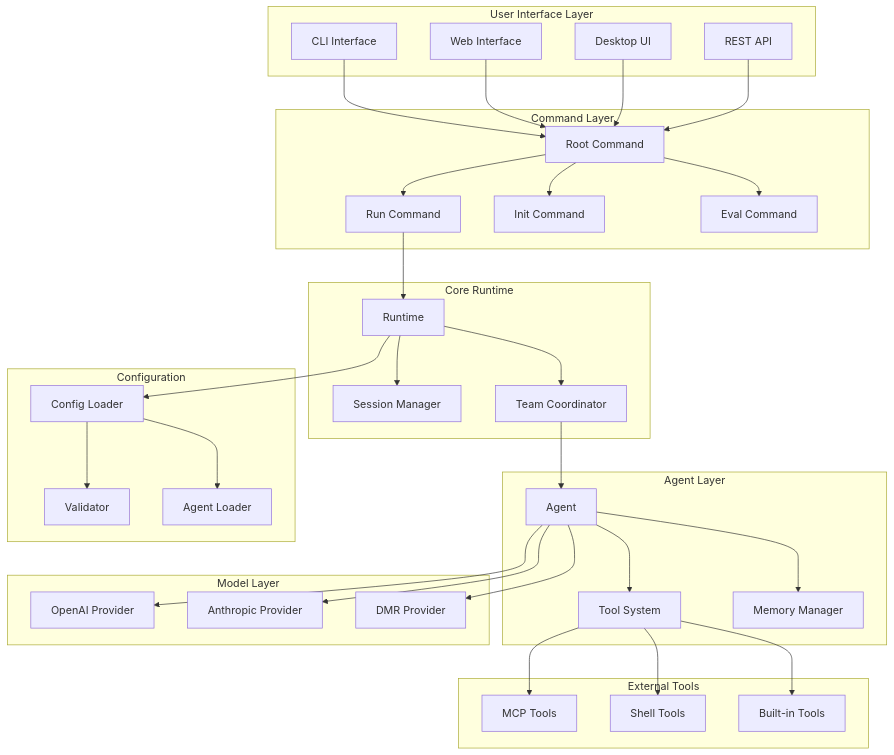
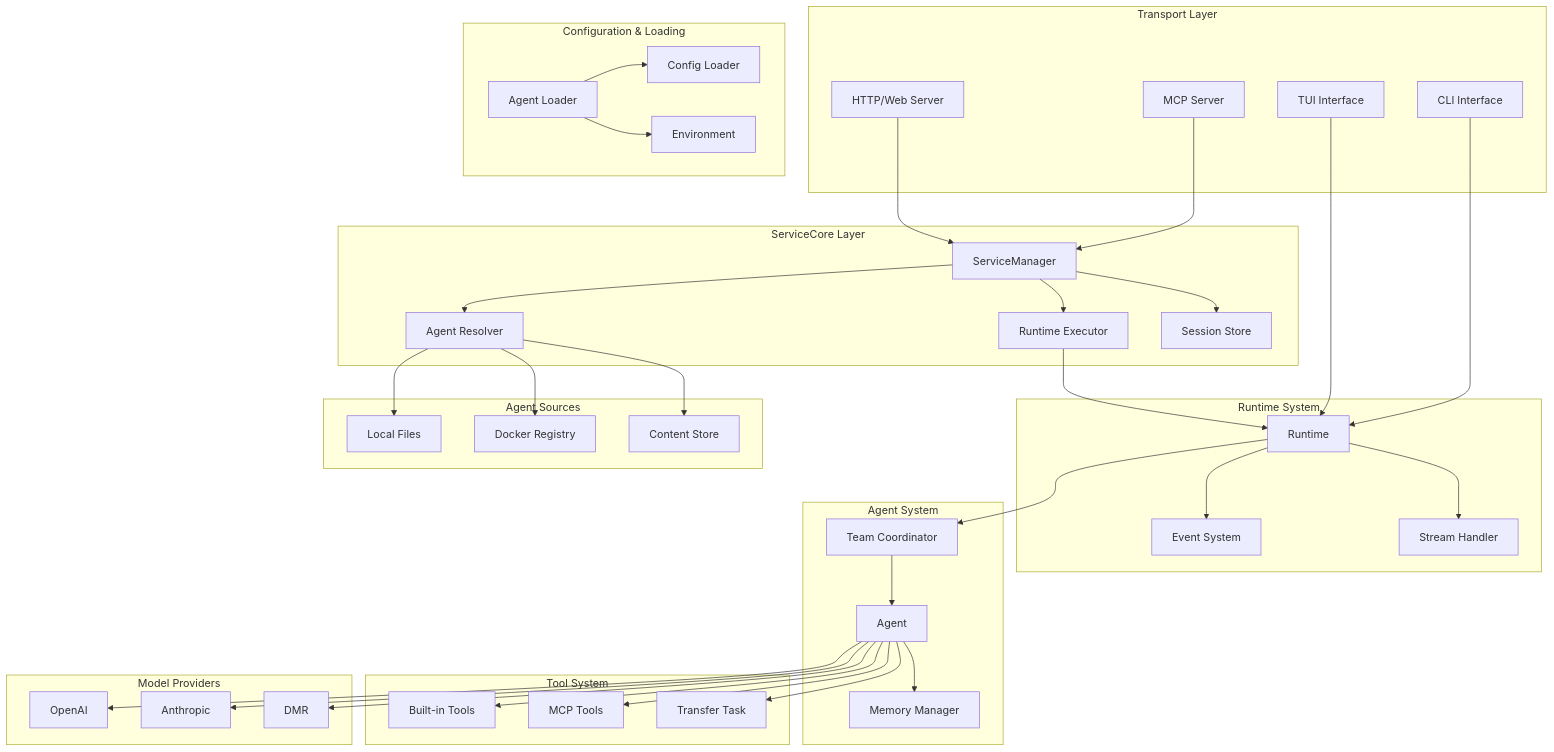
One commit to vvoland/cagent changed the first of 12 diagrams in docs/architecture.md. Above: the diagram before and after it, drawn with Mermaid. The commit also changed other lines of this file, not shown here.

Commit message:
Update architecture docs

````diff
--- a/docs/architecture.md
+++ b/docs/architecture.md
@@ -20,75 +22,83 @@
 ```mermaid
 graph TB
-    subgraph "User Interface Layer"
+    subgraph "Transport Layer"
+        MCP[MCP Server]
+        HTTP[HTTP/Web Server]
         CLI[CLI Interface]
-        WEB[Web Interface]
-        UI[Desktop UI]
-        API[REST API]
+        TUI[TUI Interface]
     end
 
-    subgraph "Command Layer"
-        ROOT[Root Command]
-        RUN[Run Command]
-        INIT[Init Command]
-        EVAL[Eval Command]
+    subgraph "ServiceCore Layer"
+        MANAGER[ServiceManager]
+        RESOLVER[Agent Resolver]
+        EXECUTOR[Runtime Executor]
+        STORE[Session Store]
     end
 
-    subgraph "Core Runtime"
+    subgraph "Runtime System"
         RT[Runtime]
-        SESS[Session Manager]
-        TEAM[Team Coordinator]
+        EVENTS[Event System]
+        STREAM[Stream Handler]
     end
 
-    subgraph "Agent Layer"
+    subgraph "Agent System"
         AGENT[Agent]
-        TOOLS[Tool System]
+        TEAM[Team Coordinator]
         MEMORY[Memory Manager]
     end
 
-    subgraph "Model Layer"
-        OPENAI[OpenAI Provider]
-        ANTHROPIC[Anthropic Provider]
-        DMR[DMR Provider]
+    subgraph "Tool System"
+        BUILTIN[Built-in Tools]
+        MCP_TOOLS[MCP Tools]
+        TRANSFER[Transfer Task]
     end
 
-    subgraph "Configuration"
-        CONFIG[Config Loader]
-        VALIDATOR[Validator]
-        LOADER[Agent Loader]
+    subgraph "Model Providers"
+        OPENAI[OpenAI]
+        ANTHROPIC[Anthropic]
+        DMR[DMR]
     end
 
-    subgraph "External Tools"
-        MCP[MCP Tools]
-        SHELL[Shell Tools]
-        BUILTIN[Built-in Tools]
+    subgraph "Configuration & Loading"
+        CONFIG[Config Loader]
+        LOADER[Agent Loader]
+        ENV[Environment]
     end
 
-    CLI --> ROOT
-    WEB --> ROOT
-    UI --> ROOT
-    API --> ROOT
+    subgraph "Agent Sources"
+        FILES[Local Files]
+        DOCKER[Docker Registry]
+        CONTENT[Content Store]
+    end
 
-    ROOT --> RUN
-    ROOT --> INIT
-    ROOT --> EVAL
+    MCP --> MANAGER
+    HTTP --> MANAGER
+    CLI --> RT
+    TUI --> RT
 
-    RUN --> RT
-    RT --> SESS
+    MANAGER --> RESOLVER
+    MANAGER --> EXECUTOR
+    MANAGER --> STORE
+
+    EXECUTOR --> RT
+    RT --> EVENTS
+    RT --> STREAM
     RT --> TEAM
 
     TEAM --> AGENT
-    AGENT --> TOOLS
     AGENT --> MEMORY
+    AGENT --> BUILTIN
+    AGENT --> MCP_TOOLS
+    AGENT --> TRANSFER
 
     AGENT --> OPENAI
     AGENT --> ANTHROPIC
     AGENT --> DMR
 
-    RT --> CONFIG
-    CONFIG --> VALIDATOR
-    CONFIG --> LOADER
+    RESOLVER --> FILES
+    RESOLVER --> DOCKER
+    RESOLVER --> CONTENT
 
-    TOOLS --> MCP
-    TOOLS --> SHELL
-    TOOLS --> BUILTIN
+    LOADER --> CONFIG
+    LOADER --> ENV
 ```
````
